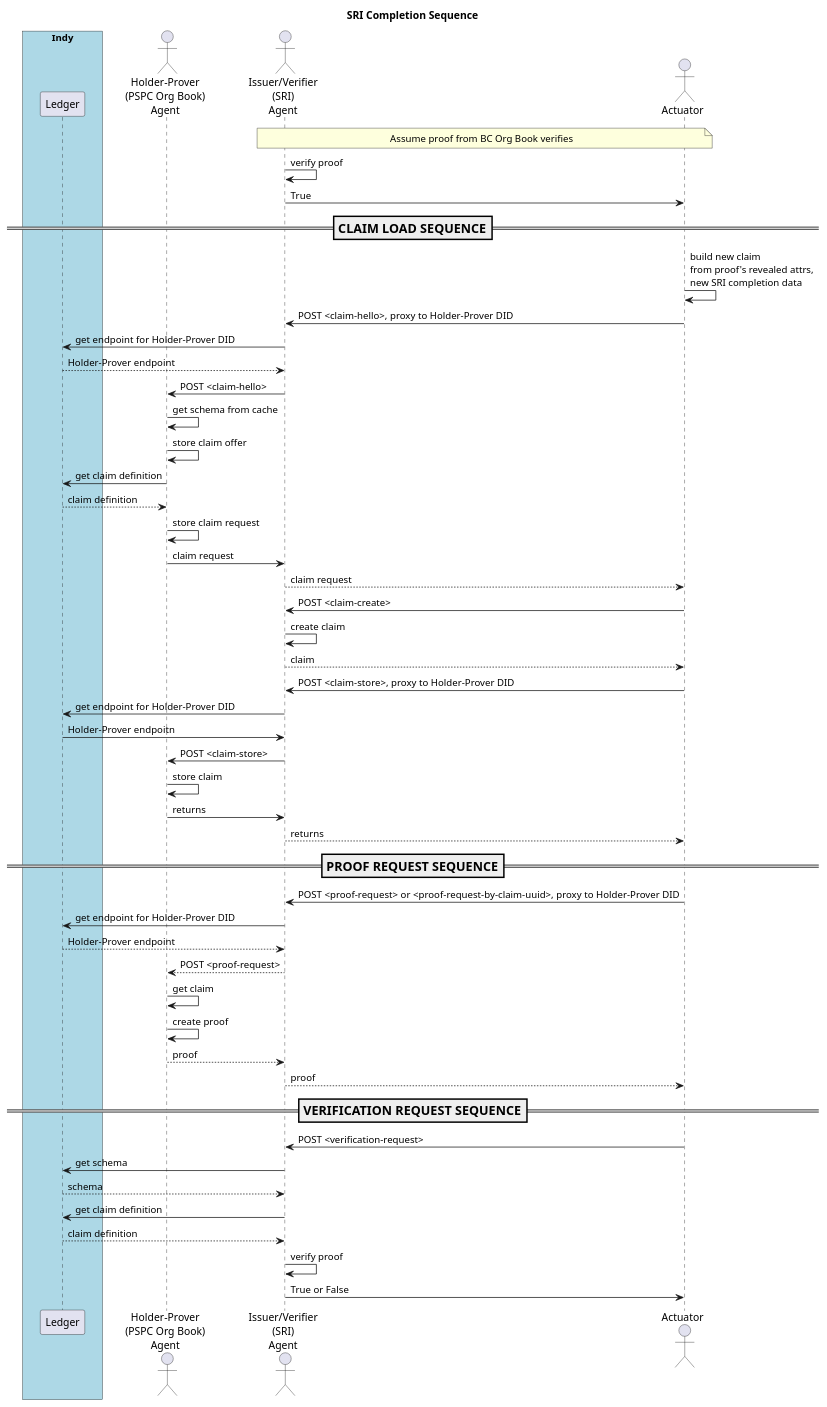
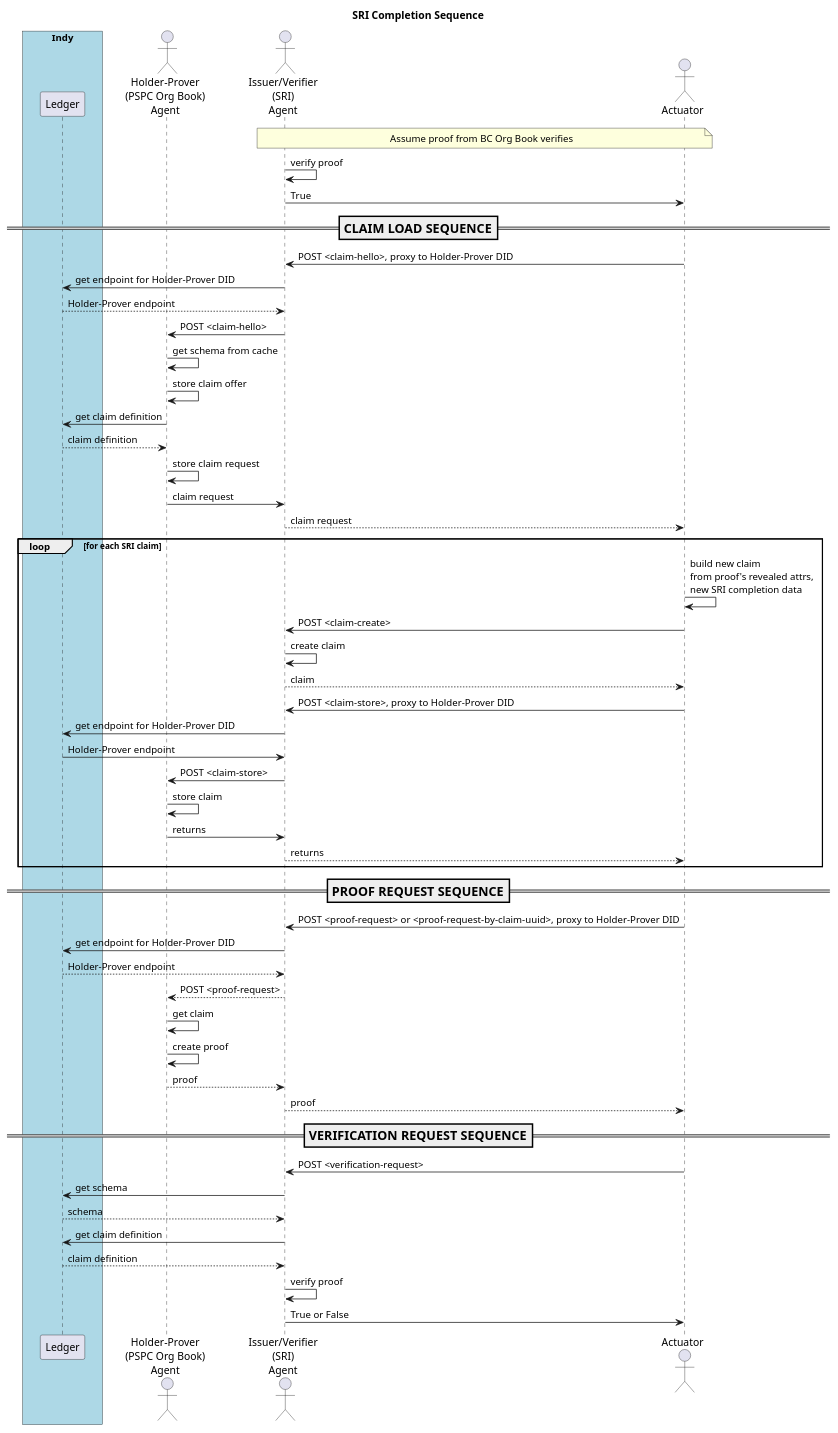
One commit to PSPC-SPAC-buyandsell/von_base changed the diagram in doc/pic/src/sri-completion.puml. Above: the diagram before and after it, drawn with PlantUML. The commit also changed 17 other files, not shown here.

Commit message:
copyright update for 2018; document multi-schema, multi-claims

```diff
--- a/doc/pic/src/sri-completion.puml
+++ b/doc/pic/src/sri-completion.puml
@@ -1,83 +1,86 @@
 @startuml
 /'
-Copyright 2017 Government of Canada - Public Services and Procurement Canada - buyandsell.gc.ca
+Copyright 2017-2018 Government of Canada - Public Services and Procurement Canada - buyandsell.gc.ca
 
 Licensed under the Apache License, Version 2.0 (the "License");
 you may not use this file except in compliance with the License.
 You may obtain a copy of the License at
 
 http://www.apache.org/licenses/LICENSE-2.0
 
 Unless required by applicable law or agreed to in writing, software
 distributed under the License is distributed on an "AS IS" BASIS,
 WITHOUT WARRANTIES OR CONDITIONS OF ANY KIND, either express or implied.
 See the License for the specific language governing permissions and
 limitations under the License.
 '/
 
 skinparam ParticipantPadding 20
 skinparam BoxPadding 20
 
 title SRI Completion Sequence
 
 box "Indy" #LightBlue
     participant "Ledger" as ledger
 endbox
 
 actor "Holder-Prover\n(PSPC Org Book)\nAgent" as obag
 actor "Issuer/Verifier\n(SRI)\nAgent" as sag
 actor "Actuator" as ator
 
 note over sag, ator
 Assume proof from BC Org Book verifies
 endnote
 
 sag -> sag: verify proof
 sag -> ator: True
 
 === CLAIM LOAD SEQUENCE ==
-ator -> ator: build new claim\nfrom proof's revealed attrs,\nnew SRI completion data
 
 ator -> sag: POST <claim-hello>, proxy to Holder-Prover DID
 sag -> ledger: get endpoint for Holder-Prover DID
 ledger --> sag: Holder-Prover endpoint
 sag -> obag: POST <claim-hello>
 obag -> obag: get schema from cache
 obag -> obag: store claim offer
 obag -> ledger: get claim definition
 ledger --> obag: claim definition
 obag -> obag: store claim request
 obag -> sag: claim request
 sag --> ator: claim request
 
-ator -> sag: POST <claim-create>
-sag -> sag: create claim
-sag --> ator: claim
-ator -> sag: POST <claim-store>, proxy to Holder-Prover DID
-sag -> ledger: get endpoint for Holder-Prover DID
-ledger -> sag: Holder-Prover endpoitn
-sag -> obag: POST <claim-store>
-obag -> obag: store claim
-obag -> sag: returns
-sag --> ator: returns
- 
+loop for each SRI claim
+    ator -> ator: build new claim\nfrom proof's revealed attrs,\nnew SRI completion data
+
+    ator -> sag: POST <claim-create>
+    sag -> sag: create claim
+    sag --> ator: claim
+    ator -> sag: POST <claim-store>, proxy to Holder-Prover DID
+    sag -> ledger: get endpoint for Holder-Prover DID
+    ledger -> sag: Holder-Prover endpoint
+    sag -> obag: POST <claim-store>
+    obag -> obag: store claim
+    obag -> sag: returns
+    sag --> ator: returns
+end
+
 === PROOF REQUEST SEQUENCE ==
 ator -> sag: POST <proof-request> or <proof-request-by-claim-uuid>, proxy to Holder-Prover DID
 sag -> ledger: get endpoint for Holder-Prover DID
 ledger --> sag: Holder-Prover endpoint
 sag --> obag: POST <proof-request>
 obag -> obag: get claim
 obag -> obag: create proof
 obag --> sag: proof
 sag --> ator: proof
 
 === VERIFICATION REQUEST SEQUENCE ==
 ator -> sag: POST <verification-request>
 sag -> ledger: get schema
 ledger --> sag: schema
 sag -> ledger: get claim definition
 ledger --> sag: claim definition
 sag -> sag: verify proof
 sag -> ator: True or False
 
 @enduml
```
